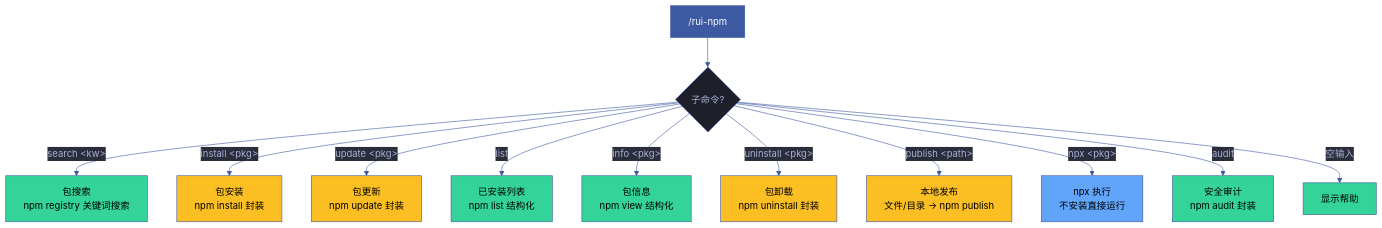
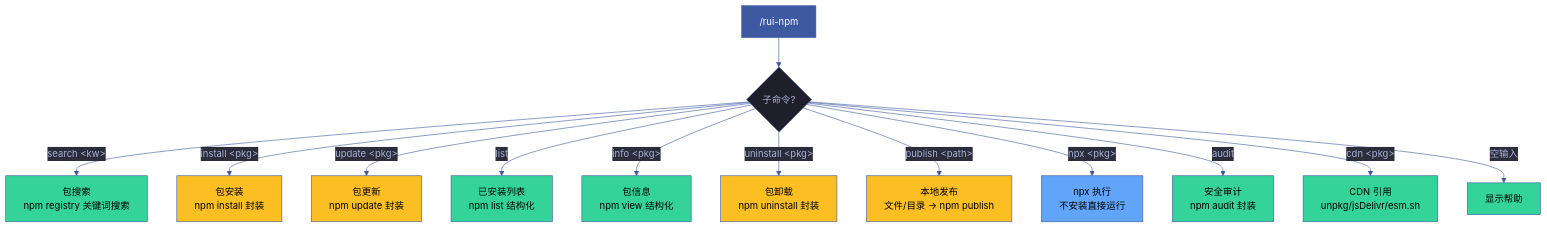
One commit to effiy/YrY changed the first of 3 diagrams in skills/rui-npm/SKILL.md. Above: the diagram before and after it, drawn with Mermaid. The commit also changed other lines of this file and 50 other files, not shown here.

````diff
--- a/skills/rui-npm/SKILL.md
+++ b/skills/rui-npm/SKILL.md
@@ -20,28 +20,29 @@
 ```mermaid
 %%{init: {'theme': 'base', 'themeVariables': {
   'primaryColor': '#1e1f2b',
   'primaryTextColor': '#a9b1d6',
   'primaryBorderColor': '#3d59a1',
   'lineColor': '#3d59a1',
   'secondaryColor': '#2b2d3b',
   'tertiaryColor': '#21232f'
 }}}%%
 flowchart TD
     ENTRY["/rui-npm"]:::entry --> Q1{"子命令?"}
 
     Q1 -->|"search &lt;kw&gt;"| SEARCH["包搜索<br/>npm registry 关键词搜索"]:::read
     Q1 -->|"install &lt;pkg&gt;"| INSTALL["包安装<br/>npm install 封装"]:::write
     Q1 -->|"update &lt;pkg&gt;"| UPDATE["包更新<br/>npm update 封装"]:::write
     Q1 -->|"list"| LIST["已安装列表<br/>npm list 结构化"]:::read
     Q1 -->|"info &lt;pkg&gt;"| INFO["包信息<br/>npm view 结构化"]:::read
     Q1 -->|"uninstall &lt;pkg&gt;"| UNINSTALL["包卸载<br/>npm uninstall 封装"]:::write
     Q1 -->|"publish &lt;path&gt;"| PUBLISH["本地发布<br/>文件/目录 → npm publish"]:::write
     Q1 -->|"npx &lt;pkg&gt;"| NPX["npx 执行<br/>不安装直接运行"]:::run
     Q1 -->|"audit"| AUDIT["安全审计<br/>npm audit 封装"]:::read
+    Q1 -->|"cdn &lt;pkg&gt;"| CDN["CDN 引用<br/>unpkg/jsDelivr/esm.sh"]:::read
     Q1 -->|"空输入"| HELP["显示帮助"]:::read
 
     classDef entry fill:#3d59a1,color:#fff
     classDef read fill:#34d399,color:#000
     classDef write fill:#fbbf24,color:#000
     classDef run fill:#60a5fa,color:#000
 ```
````
